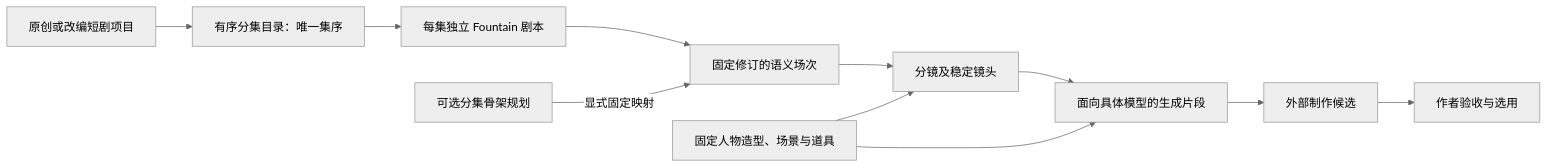
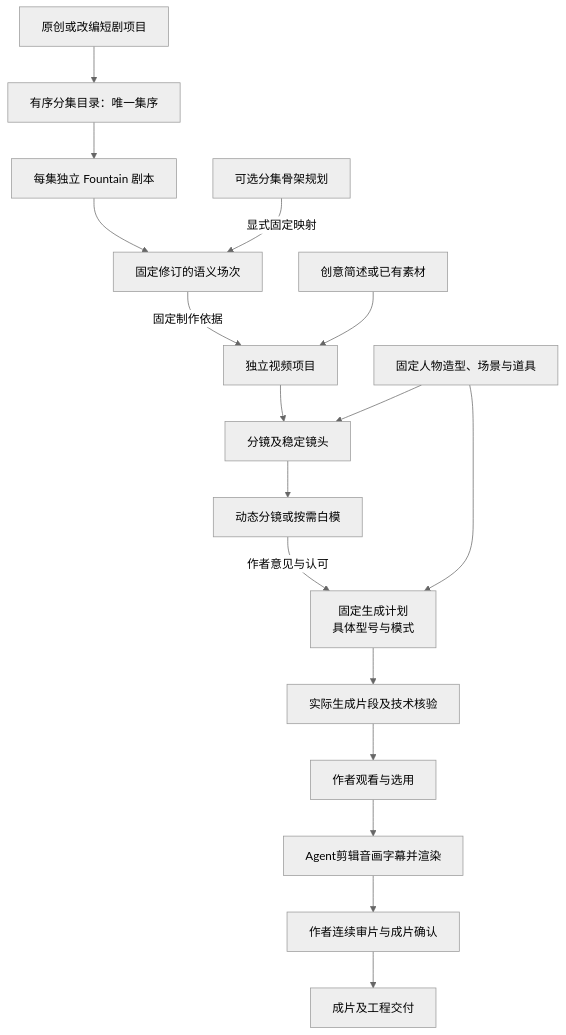
Before and after one commit to limecloud/hetu: diagram 40 of 54 in docs/23-业务流程与MCP时序.md, drawn with Mermaid (neutral theme). The commit also changed other lines of this file and 798 other files, not shown here.

````diff
--- a/docs/23-业务流程与MCP时序.md
+++ b/docs/23-业务流程与MCP时序.md
@@ -1087,13 +1096,19 @@
 ```mermaid
-flowchart LR
+flowchart TB
     project["原创或改编短剧项目"] --> episode["有序分集目录：唯一集序"]
     episode --> doc["每集独立 Fountain 剧本"]
     doc --> scene["固定修订的语义场次"]
     skeleton["可选分集骨架规划"] -->|"显式固定映射"| scene
-    scene --> board["分镜及稳定镜头"]
-    board --> segment["面向具体模型的生成片段"]
+    scene -->|"固定制作依据"| video["独立视频项目"]
+    brief["创意简述或已有素材"] --> video
+    video --> board["分镜及稳定镜头"]
+    board --> previs["动态分镜或按需白模"]
+    previs -->|"作者意见与认可"| segment["固定生成计划<br/>具体型号与模式"]
     assets["固定人物造型、场景与道具"] --> board
     assets --> segment
-    segment --> returned["外部制作候选"]
-    returned --> author["作者验收与选用"]
+    segment --> returned["实际生成片段及技术核验"]
+    returned --> author["作者观看与选用"]
+    author --> edit["Agent剪辑音画字幕并渲染"]
+    edit --> final["作者连续审片与成片确认"]
+    final --> bundle["成片及工程交付"]
 ```
````
